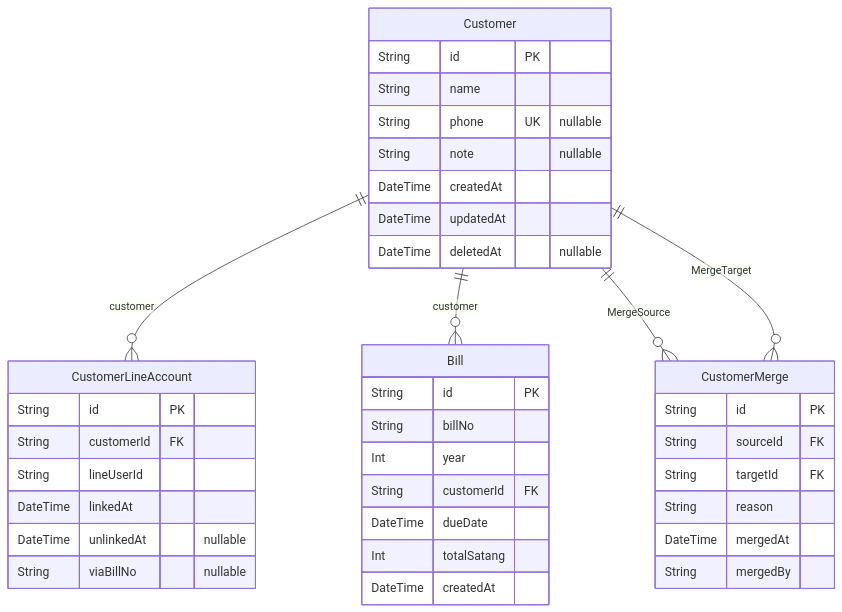
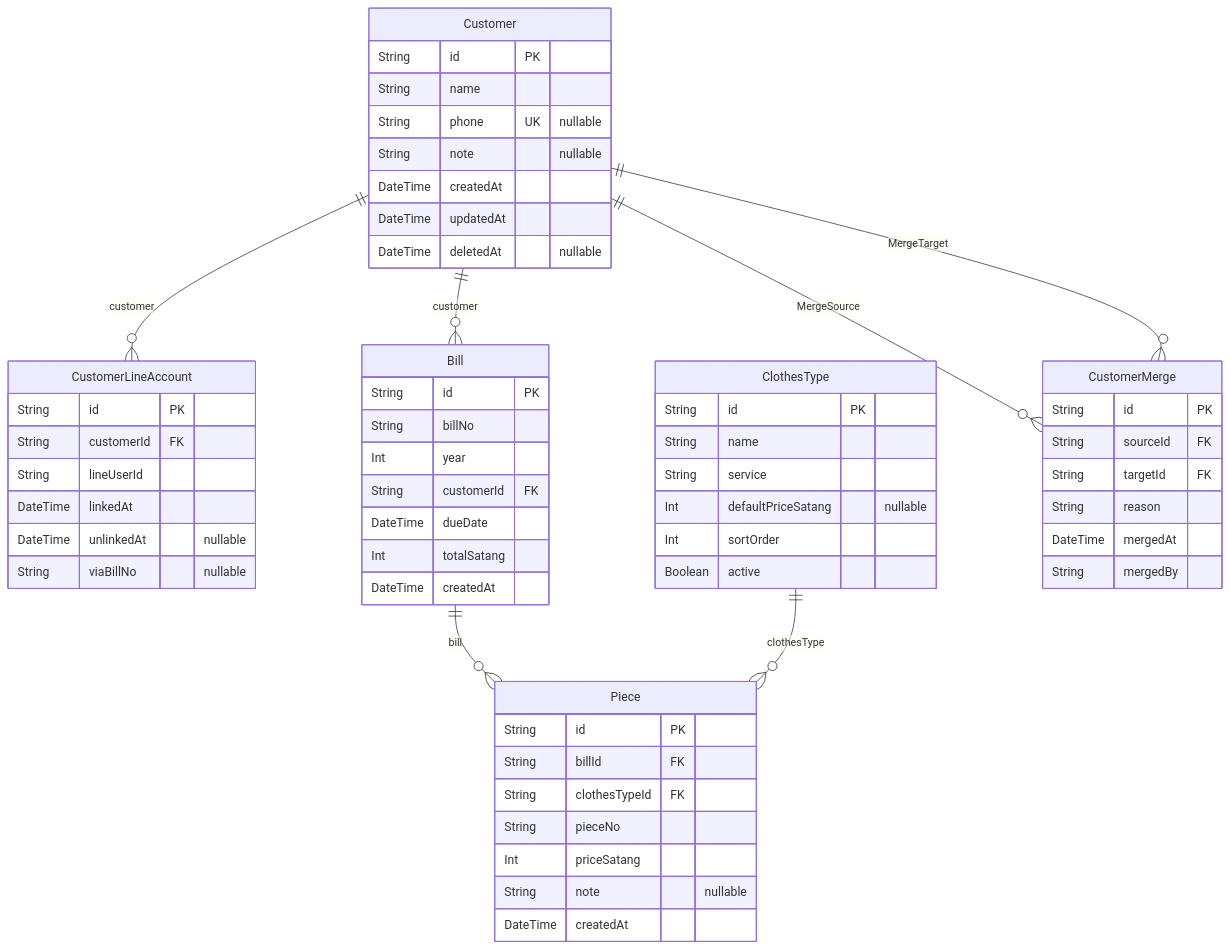
The diagram in docs/ERD.md (peeranat45/sriborisud-laundry), drawn with Mermaid before and after one commit. The commit also changed other lines of this file and 16 other files, not shown here.

````diff
--- a/docs/ERD.md
+++ b/docs/ERD.md
@@ -8,42 +8,61 @@
 ```mermaid
 erDiagram
     Customer ||--o{ CustomerLineAccount : "customer"
     Customer ||--o{ Bill : "customer"
+    Bill ||--o{ Piece : "bill"
+    ClothesType ||--o{ Piece : "clothesType"
     Customer ||--o{ CustomerMerge : "MergeSource"
     Customer ||--o{ CustomerMerge : "MergeTarget"
 
     Customer {
         String id PK
         String name
         String phone UK "nullable"
         String note "nullable"
         DateTime createdAt
         DateTime updatedAt
         DateTime deletedAt "nullable"
     }
     CustomerLineAccount {
         String id PK
         String customerId FK
         String lineUserId
         DateTime linkedAt
         DateTime unlinkedAt "nullable"
         String viaBillNo "nullable"
     }
     Bill {
         String id PK
         String billNo
         Int year
         String customerId FK
         DateTime dueDate
         Int totalSatang
         DateTime createdAt
     }
+    ClothesType {
+        String id PK
+        String name
+        String service
+        Int defaultPriceSatang "nullable"
+        Int sortOrder
+        Boolean active
+    }
+    Piece {
+        String id PK
+        String billId FK
+        String clothesTypeId FK
+        String pieceNo
+        Int priceSatang
+        String note "nullable"
+        DateTime createdAt
+    }
     CustomerMerge {
         String id PK
         String sourceId FK
         String targetId FK
         String reason
         DateTime mergedAt
         String mergedBy
     }
 ```
````
